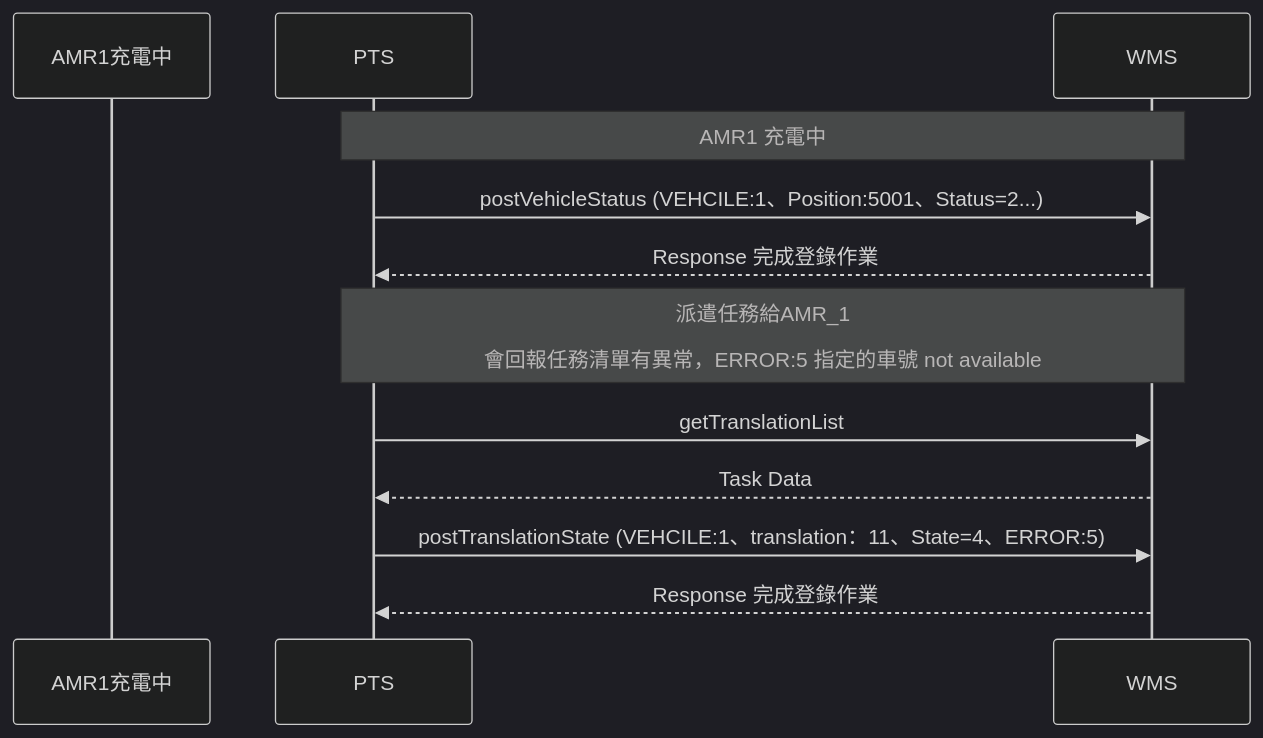
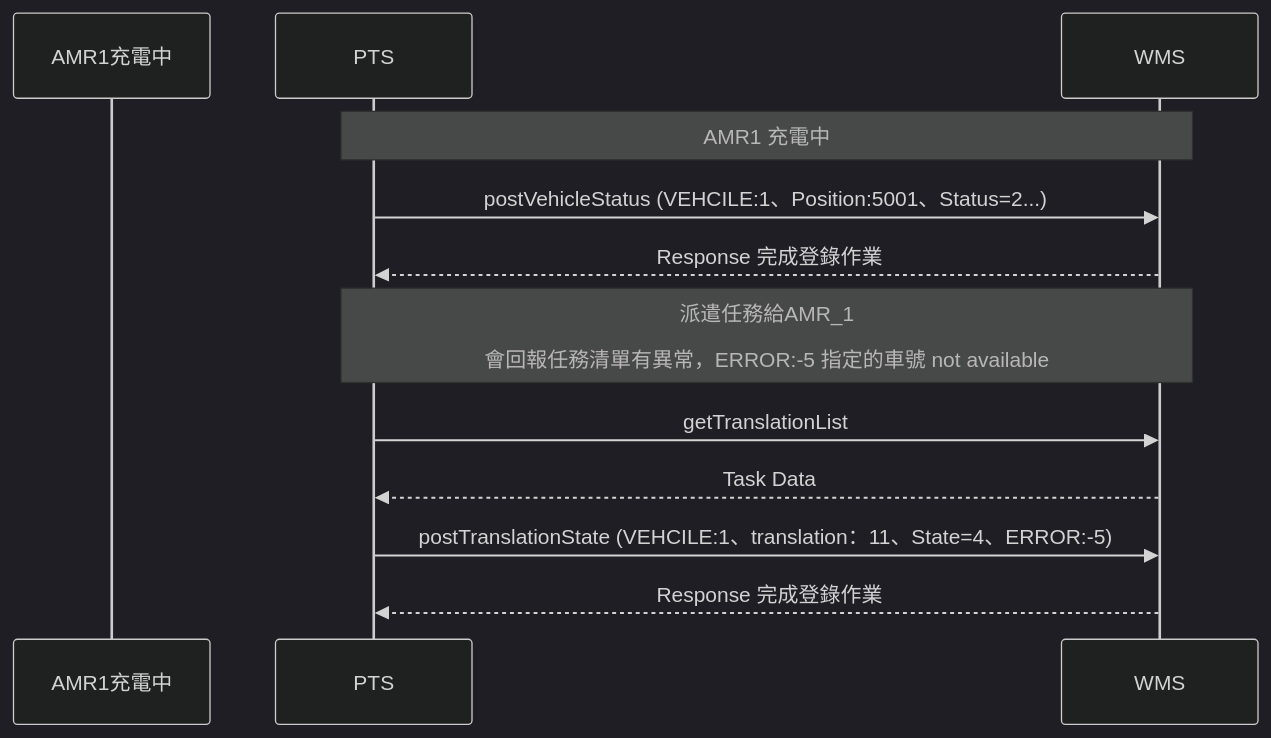
Before and after one commit to athena-tircgo/amr-wms-lsj: the ninth of 9 diagrams in README.md, drawn with Mermaid (dark theme). The commit also changed other lines of this file, not shown here.

````diff
--- a/README.md
+++ b/README.md
@@ -475,18 +475,18 @@
 ```mermaid
 sequenceDiagram
     participant AMR1充電中
     participant PTS
     participant WMS
 
 note over PTS,WMS: AMR1 充電中
      PTS->>WMS: postVehicleStatus (VEHCILE:1、Position:5001、Status=2...)
      WMS-->>PTS:Response 完成登錄作業
 
-note over PTS,WMS:派遣任務給AMR_1<br><br>會回報任務清單有異常，ERROR:5 指定的車號 not available
+note over PTS,WMS:派遣任務給AMR_1<br><br>會回報任務清單有異常，ERROR:-5 指定的車號 not available
      PTS->>WMS: getTranslationList
      WMS-->>PTS: Task Data
-     PTS->>WMS: postTranslationState (VEHCILE:1、translation：11、State=4、ERROR:5)
+     PTS->>WMS: postTranslationState (VEHCILE:1、translation：11、State=4、ERROR:-5)
      WMS-->>PTS:Response 完成登錄作業
 
 
 ```
````
